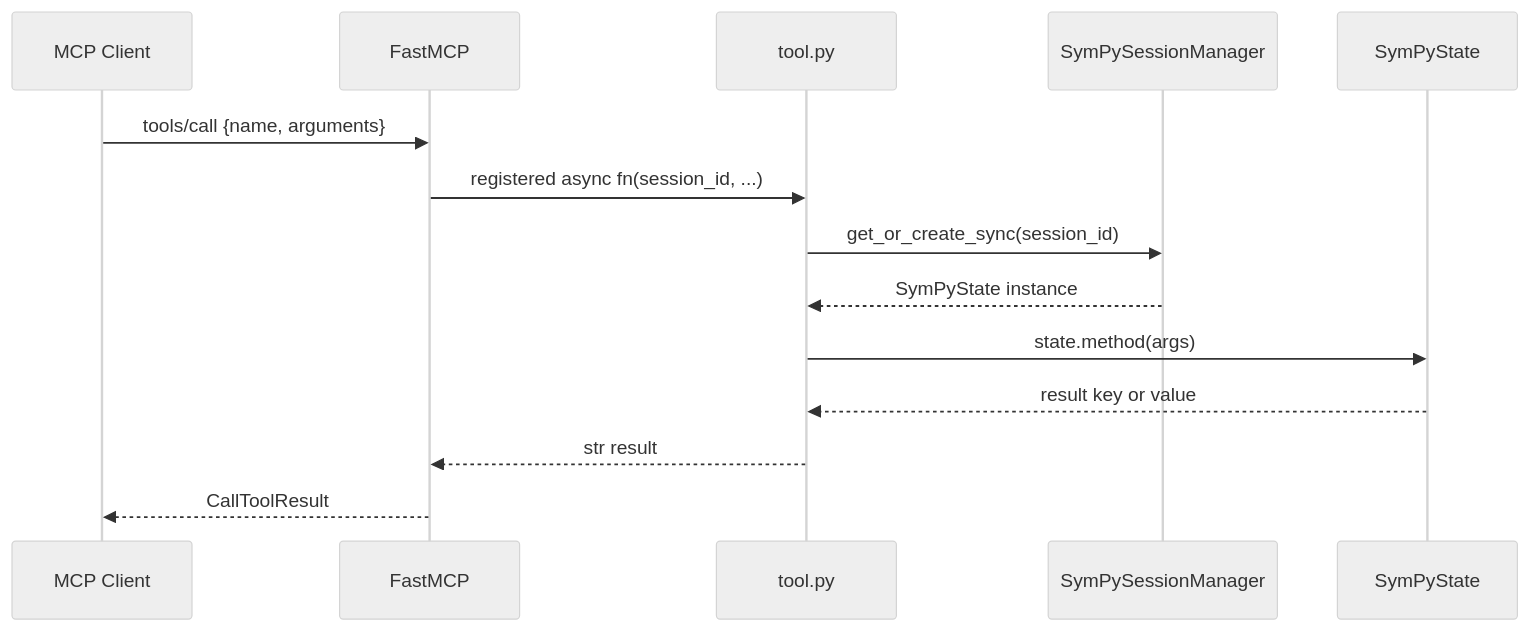
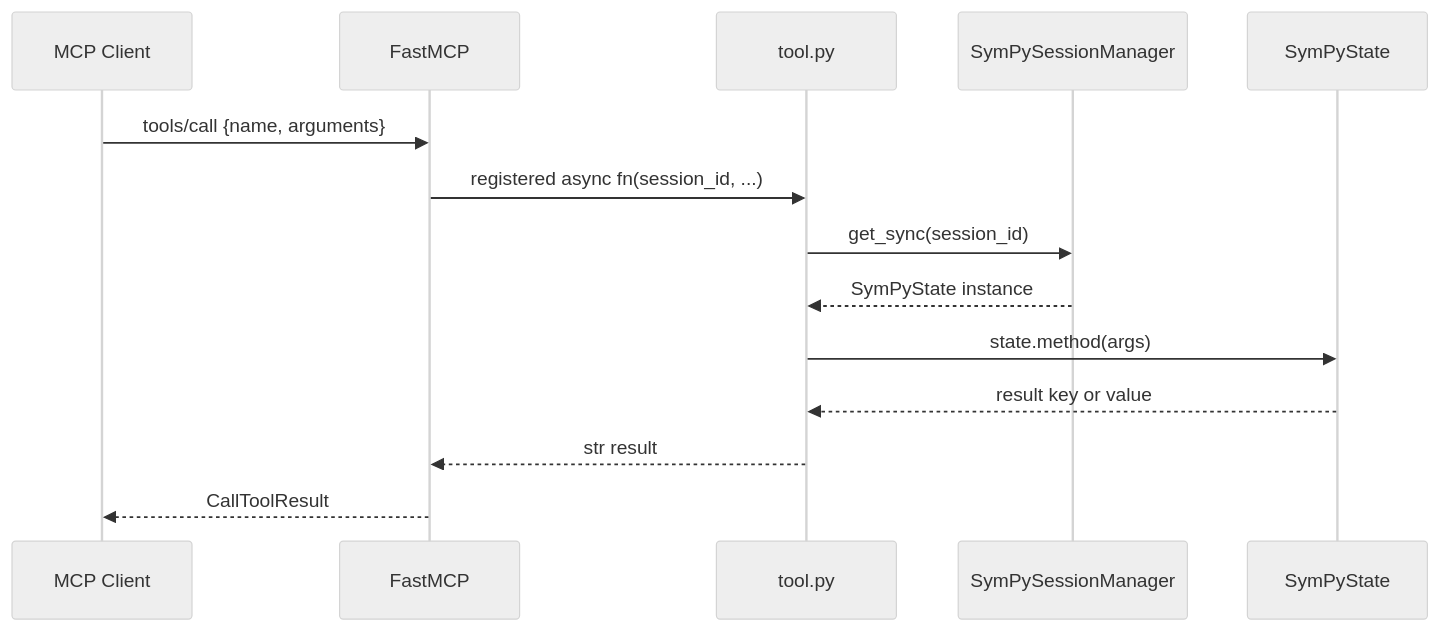
The third of 7 diagrams in docs/architecture.md (geosp/sympy-mcp), drawn with Mermaid (neutral theme) before and after one commit. The commit also changed other lines of this file and 43 other files, not shown here.

Commit message:
Session and tool instructions improvement.

````diff
--- a/docs/architecture.md
+++ b/docs/architecture.md
@@ -93,17 +95,17 @@
 ```mermaid
 sequenceDiagram
     participant Client as MCP Client
     participant FastMCP
     participant Tool as tool.py
     participant SM as SymPySessionManager
     participant State as SymPyState
 
     Client->>FastMCP: tools/call {name, arguments}
     FastMCP->>Tool: registered async fn(session_id, ...)
-    Tool->>SM: get_or_create_sync(session_id)
+    Tool->>SM: get_sync(session_id)
     SM-->>Tool: SymPyState instance
     Tool->>State: state.method(args)
     State-->>Tool: result key or value
     Tool-->>FastMCP: str result
     FastMCP-->>Client: CallToolResult
 ```
````
